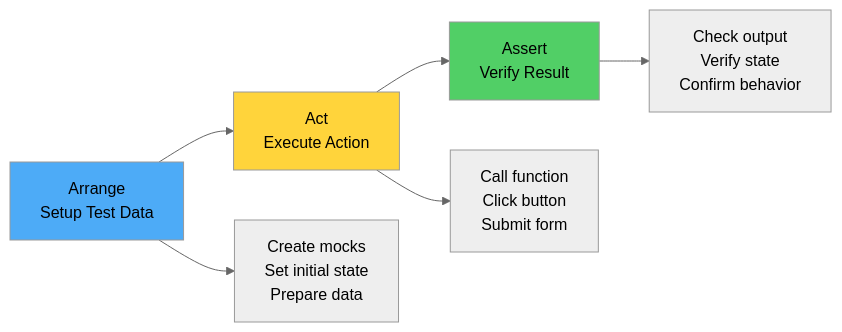
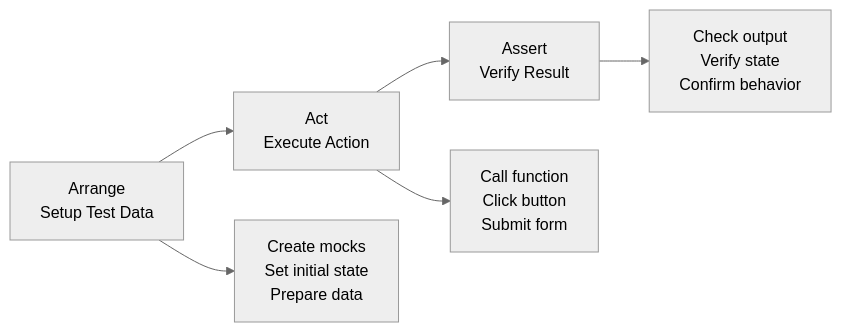
One commit to BabaScience/react-guides changed the fifth of 10 diagrams in arguments/chapters/10-testing.md. Above: the diagram before and after it, drawn with Mermaid (neutral theme). The commit also changed other lines of this file and 29 other files, not shown here.

First line of the commit message:
Bring React FR/IT translations to full English parity + theme-safe diagrams

````diff
--- a/arguments/chapters/10-testing.md
+++ b/arguments/chapters/10-testing.md
@@ -1032,13 +1018,10 @@
 ```mermaid
 graph LR
     A[Arrange<br/>Setup Test Data] --> B[Act<br/>Execute Action]
     B --> C[Assert<br/>Verify Result]
     
     A --> A1[Create mocks<br/>Set initial state<br/>Prepare data]
     B --> B1[Call function<br/>Click button<br/>Submit form]
     C --> C1[Check output<br/>Verify state<br/>Confirm behavior]
     
-    style A fill:#4dabf7
-    style B fill:#ffd43b
-    style C fill:#51cf66
 ```
````
